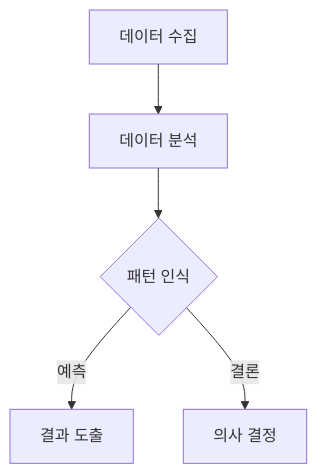
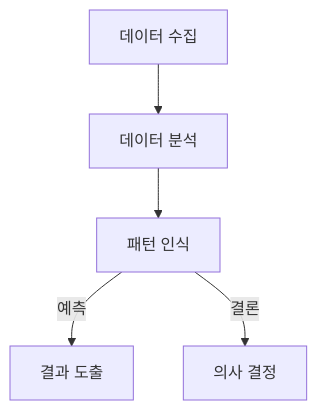
One commit to 42jerrykim/42jerrykim.github.io changed the second of 16 diagrams in content/post/2024/2024-10-02-agi/index.md. Above: the diagram before and after it, drawn with Mermaid. The commit also changed other lines of this file and 239 other files, not shown here.

````diff
--- a/content/post/2024/2024-10-02-agi/index.md
+++ b/content/post/2024/2024-10-02-agi/index.md
@@ -203,7 +237,12 @@
 ```mermaid
-graph TD;
-    A[데이터 수집] --> B[데이터 분석];
-    B --> C{패턴 인식};
-    C -->|예측| D[결과 도출];
-    C -->|결론| E[의사 결정];
+graph TD
+    DataCollect["데이터 수집"]
+    DataAnalyze["데이터 분석"]
+    PatternRec["패턴 인식"]
+    ResultOut["결과 도출"]
+    Decision["의사 결정"]
+    DataCollect --> DataAnalyze
+    DataAnalyze --> PatternRec
+    PatternRec -->|"예측"| ResultOut
+    PatternRec -->|"결론"| Decision
 ```
````
